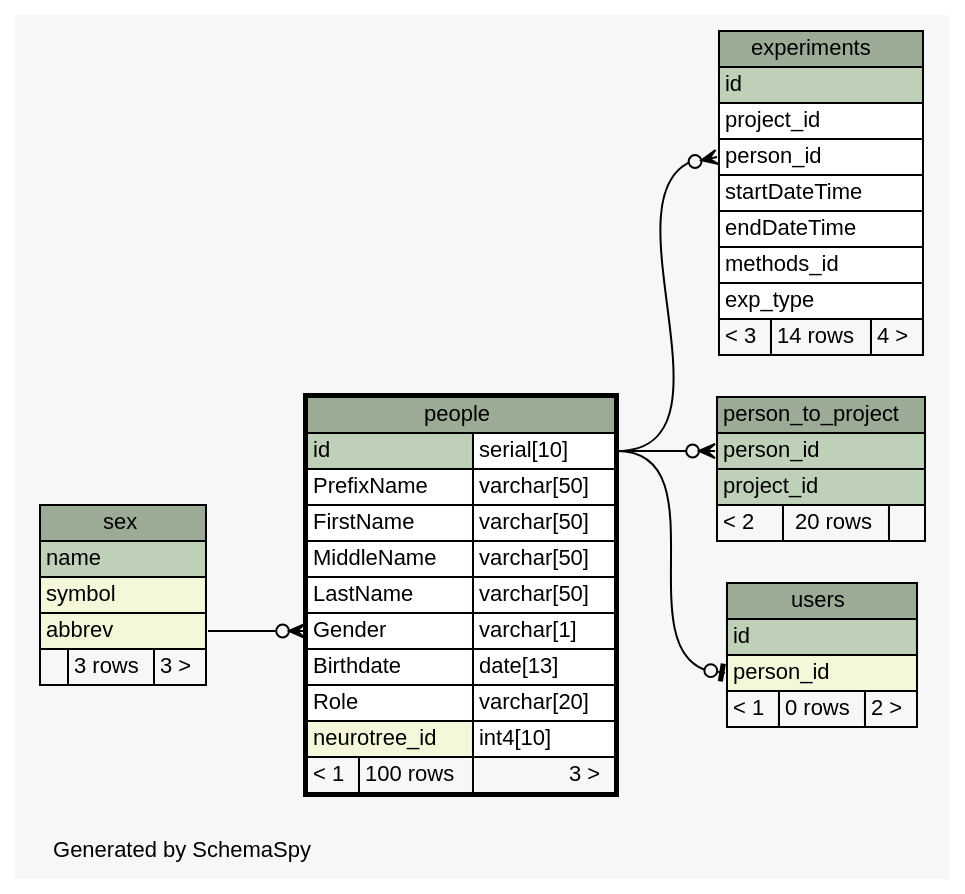
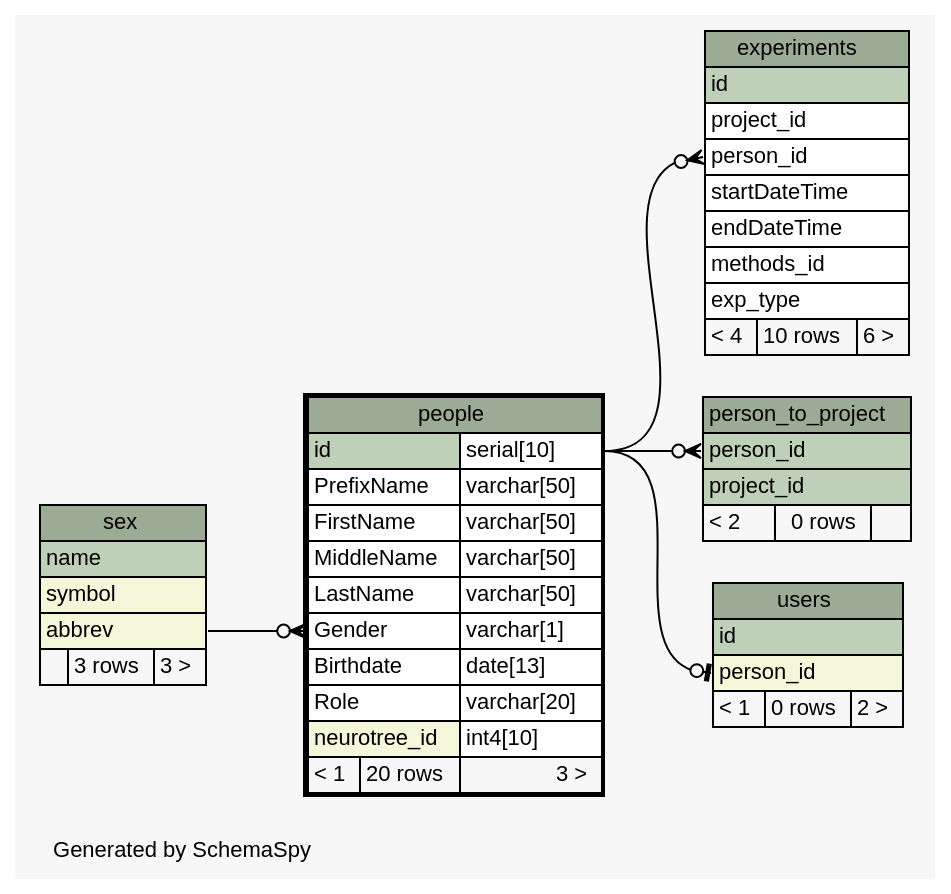
Before and after one commit to tgbugs/mlab: the diagram in database/ss/diagrams/people.1degree.dot, drawn with Graphviz. The commit also changed 215 other files, not shown here.

```diff
--- a/database/ss/diagrams/people.1degree.dot
+++ b/database/ss/diagrams/people.1degree.dot
@@ -1,94 +1,94 @@
 // dot 2.32.0 on Windows 7 6.1
 // SchemaSpy rev 590
 digraph "oneDegreeRelationshipsDiagram" {
   graph [
     rankdir="RL"
     bgcolor="#f7f7f7"
     label="\nGenerated by SchemaSpy"
     labeljust="l"
     nodesep="0.18"
     ranksep="0.46"
     fontname="Helvetica"
     fontsize="11"
   ];
   node [
     fontname="Helvetica"
     fontsize="11"
     shape="plaintext"
   ];
   edge [
     arrowsize="0.8"
   ];
   "experiments":"person_id":w -> "people":"id.type":e [arrowhead=none dir=back arrowtail=crowodot];
   "people":"Gender":w -> "sex":"abbrev":e [arrowhead=none dir=back arrowtail=crowodot];
   "person_to_project":"person_id":w -> "people":"id.type":e [arrowhead=none dir=back arrowtail=crowodot];
   "users":"person_id":w -> "people":"id.type":e [arrowhead=none dir=back arrowtail=teeodot];
   "experiments" [
     label=<
     <TABLE BORDER="0" CELLBORDER="1" CELLSPACING="0" BGCOLOR="#ffffff">
       <TR><TD COLSPAN="3" BGCOLOR="#9bab96" ALIGN="CENTER">experiments</TD></TR>
       <TR><TD PORT="id" COLSPAN="3" BGCOLOR="#bed1b8" ALIGN="LEFT">id</TD></TR>
       <TR><TD PORT="project_id" COLSPAN="3" ALIGN="LEFT">project_id</TD></TR>
       <TR><TD PORT="person_id" COLSPAN="3" ALIGN="LEFT">person_id</TD></TR>
       <TR><TD PORT="startDateTime" COLSPAN="3" ALIGN="LEFT">startDateTime</TD></TR>
       <TR><TD PORT="endDateTime" COLSPAN="3" ALIGN="LEFT">endDateTime</TD></TR>
       <TR><TD PORT="methods_id" COLSPAN="3" ALIGN="LEFT">methods_id</TD></TR>
       <TR><TD PORT="exp_type" COLSPAN="3" ALIGN="LEFT">exp_type</TD></TR>
-      <TR><TD ALIGN="LEFT" BGCOLOR="#f7f7f7">&lt; 3</TD><TD ALIGN="RIGHT" BGCOLOR="#f7f7f7">14 rows</TD><TD ALIGN="RIGHT" BGCOLOR="#f7f7f7">4 &gt;</TD></TR>
+      <TR><TD ALIGN="LEFT" BGCOLOR="#f7f7f7">&lt; 4</TD><TD ALIGN="RIGHT" BGCOLOR="#f7f7f7">10 rows</TD><TD ALIGN="RIGHT" BGCOLOR="#f7f7f7">6 &gt;</TD></TR>
     </TABLE>>
     URL="experiments.html"
     tooltip="experiments"
   ];
   "people" [
     label=<
     <TABLE BORDER="2" CELLBORDER="1" CELLSPACING="0" BGCOLOR="#ffffff">
       <TR><TD COLSPAN="3" BGCOLOR="#9bab96" ALIGN="CENTER">people</TD></TR>
       <TR><TD PORT="id" COLSPAN="2" BGCOLOR="#bed1b8" ALIGN="LEFT">id</TD><TD PORT="id.type" ALIGN="LEFT">serial[10]</TD></TR>
       <TR><TD PORT="PrefixName" COLSPAN="2" ALIGN="LEFT">PrefixName</TD><TD PORT="PrefixName.type" ALIGN="LEFT">varchar[50]</TD></TR>
       <TR><TD PORT="FirstName" COLSPAN="2" ALIGN="LEFT">FirstName</TD><TD PORT="FirstName.type" ALIGN="LEFT">varchar[50]</TD></TR>
       <TR><TD PORT="MiddleName" COLSPAN="2" ALIGN="LEFT">MiddleName</TD><TD PORT="MiddleName.type" ALIGN="LEFT">varchar[50]</TD></TR>
       <TR><TD PORT="LastName" COLSPAN="2" ALIGN="LEFT">LastName</TD><TD PORT="LastName.type" ALIGN="LEFT">varchar[50]</TD></TR>
       <TR><TD PORT="Gender" COLSPAN="2" ALIGN="LEFT">Gender</TD><TD PORT="Gender.type" ALIGN="LEFT">varchar[1]</TD></TR>
       <TR><TD PORT="Birthdate" COLSPAN="2" ALIGN="LEFT">Birthdate</TD><TD PORT="Birthdate.type" ALIGN="LEFT">date[13]</TD></TR>
       <TR><TD PORT="Role" COLSPAN="2" ALIGN="LEFT">Role</TD><TD PORT="Role.type" ALIGN="LEFT">varchar[20]</TD></TR>
       <TR><TD PORT="neurotree_id" COLSPAN="2" BGCOLOR="#f4f7da" ALIGN="LEFT">neurotree_id</TD><TD PORT="neurotree_id.type" ALIGN="LEFT">int4[10]</TD></TR>
-      <TR><TD ALIGN="LEFT" BGCOLOR="#f7f7f7">&lt; 1</TD><TD ALIGN="RIGHT" BGCOLOR="#f7f7f7">100 rows</TD><TD ALIGN="RIGHT" BGCOLOR="#f7f7f7">3 &gt;</TD></TR>
+      <TR><TD ALIGN="LEFT" BGCOLOR="#f7f7f7">&lt; 1</TD><TD ALIGN="RIGHT" BGCOLOR="#f7f7f7">20 rows</TD><TD ALIGN="RIGHT" BGCOLOR="#f7f7f7">3 &gt;</TD></TR>
     </TABLE>>
     URL="people.html"
     tooltip="people"
   ];
   "person_to_project" [
     label=<
     <TABLE BORDER="0" CELLBORDER="1" CELLSPACING="0" BGCOLOR="#ffffff">
       <TR><TD COLSPAN="3" BGCOLOR="#9bab96" ALIGN="CENTER">person_to_project</TD></TR>
       <TR><TD PORT="person_id" COLSPAN="3" BGCOLOR="#bed1b8" ALIGN="LEFT">person_id</TD></TR>
       <TR><TD PORT="project_id" COLSPAN="3" BGCOLOR="#bed1b8" ALIGN="LEFT">project_id</TD></TR>
-      <TR><TD ALIGN="LEFT" BGCOLOR="#f7f7f7">&lt; 2</TD><TD ALIGN="RIGHT" BGCOLOR="#f7f7f7">20 rows</TD><TD ALIGN="RIGHT" BGCOLOR="#f7f7f7">  </TD></TR>
+      <TR><TD ALIGN="LEFT" BGCOLOR="#f7f7f7">&lt; 2</TD><TD ALIGN="RIGHT" BGCOLOR="#f7f7f7">0 rows</TD><TD ALIGN="RIGHT" BGCOLOR="#f7f7f7">  </TD></TR>
     </TABLE>>
     URL="person_to_project.html"
     tooltip="person_to_project"
   ];
   "sex" [
     label=<
     <TABLE BORDER="0" CELLBORDER="1" CELLSPACING="0" BGCOLOR="#ffffff">
       <TR><TD COLSPAN="3" BGCOLOR="#9bab96" ALIGN="CENTER">sex</TD></TR>
       <TR><TD PORT="name" COLSPAN="3" BGCOLOR="#bed1b8" ALIGN="LEFT">name</TD></TR>
       <TR><TD PORT="symbol" COLSPAN="3" BGCOLOR="#f4f7da" ALIGN="LEFT">symbol</TD></TR>
       <TR><TD PORT="abbrev" COLSPAN="3" BGCOLOR="#f4f7da" ALIGN="LEFT">abbrev</TD></TR>
       <TR><TD ALIGN="LEFT" BGCOLOR="#f7f7f7">  </TD><TD ALIGN="RIGHT" BGCOLOR="#f7f7f7">3 rows</TD><TD ALIGN="RIGHT" BGCOLOR="#f7f7f7">3 &gt;</TD></TR>
     </TABLE>>
     URL="sex.html"
     tooltip="sex"
   ];
   "users" [
     label=<
     <TABLE BORDER="0" CELLBORDER="1" CELLSPACING="0" BGCOLOR="#ffffff">
       <TR><TD COLSPAN="3" BGCOLOR="#9bab96" ALIGN="CENTER">users</TD></TR>
       <TR><TD PORT="id" COLSPAN="3" BGCOLOR="#bed1b8" ALIGN="LEFT">id</TD></TR>
       <TR><TD PORT="person_id" COLSPAN="3" BGCOLOR="#f4f7da" ALIGN="LEFT">person_id</TD></TR>
       <TR><TD ALIGN="LEFT" BGCOLOR="#f7f7f7">&lt; 1</TD><TD ALIGN="RIGHT" BGCOLOR="#f7f7f7">0 rows</TD><TD ALIGN="RIGHT" BGCOLOR="#f7f7f7">2 &gt;</TD></TR>
     </TABLE>>
     URL="users.html"
     tooltip="users"
   ];
 }
```
